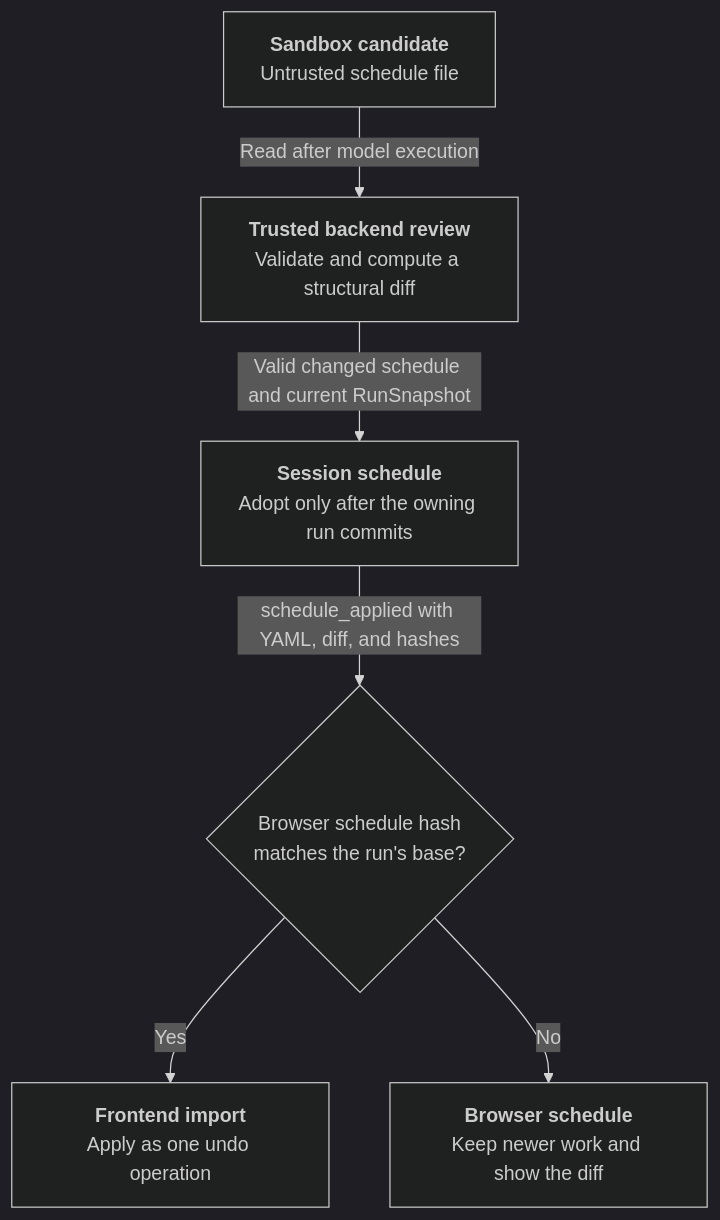
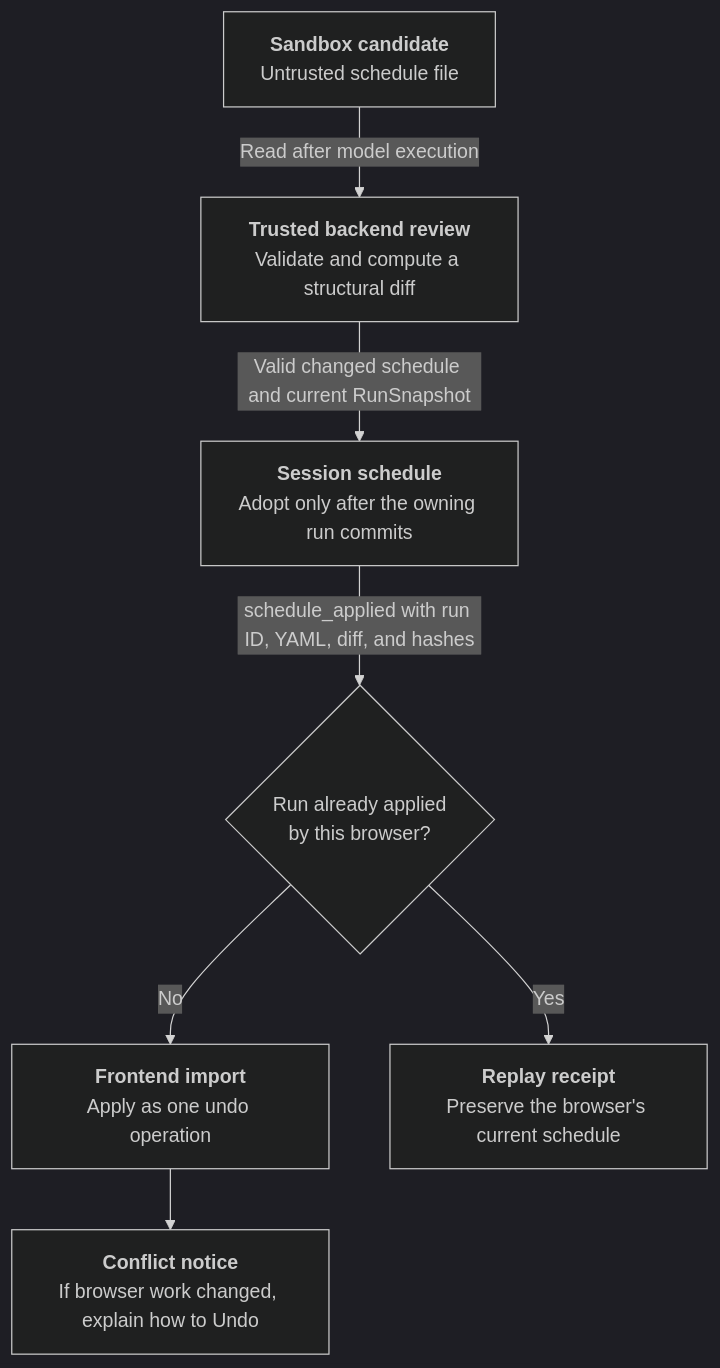
Before and after one commit to j3soon/nurse-scheduling: the sixth of 6 diagrams in docs/content/developer-guide/ai-assistant.md, drawn with Mermaid (dark theme). The commit also changed other lines of this file and 20 other files, not shown here.

First line of the commit message:
fix(ai): preserve completed schedules independently of browser state

````diff
--- a/docs/content/developer-guide/ai-assistant.md
+++ b/docs/content/developer-guide/ai-assistant.md
@@ -532,14 +540,16 @@
 ```mermaid
 flowchart TB
     Candidate["<b>Sandbox candidate</b><br/>Untrusted schedule file"]
     Validation["<b>Trusted backend review</b><br/>Validate and compute a structural diff"]
     Session["<b>Session schedule</b><br/>Adopt only after the owning run commits"]
-    Base{"Browser schedule hash<br/>matches the run's base?"}
+    Replay{"Run already applied<br/>by this browser?"}
     Import["<b>Frontend import</b><br/>Apply as one undo operation"]
-    Keep["<b>Browser schedule</b><br/>Keep newer work and show the diff"]
+    Notice["<b>Conflict notice</b><br/>If browser work changed, explain how to Undo"]
+    Keep["<b>Replay receipt</b><br/>Preserve the browser's current schedule"]
     Candidate -->|Read after model execution| Validation
     Validation -->|Valid changed schedule and current RunSnapshot| Session
-    Session -->|schedule_applied with YAML, diff, and hashes| Base
-    Base -->|Yes| Import
-    Base -->|No| Keep
+    Session -->|schedule_applied with run ID, YAML, diff, and hashes| Replay
+    Replay -->|No| Import
+    Import --> Notice
+    Replay -->|Yes| Keep
 ```
````
